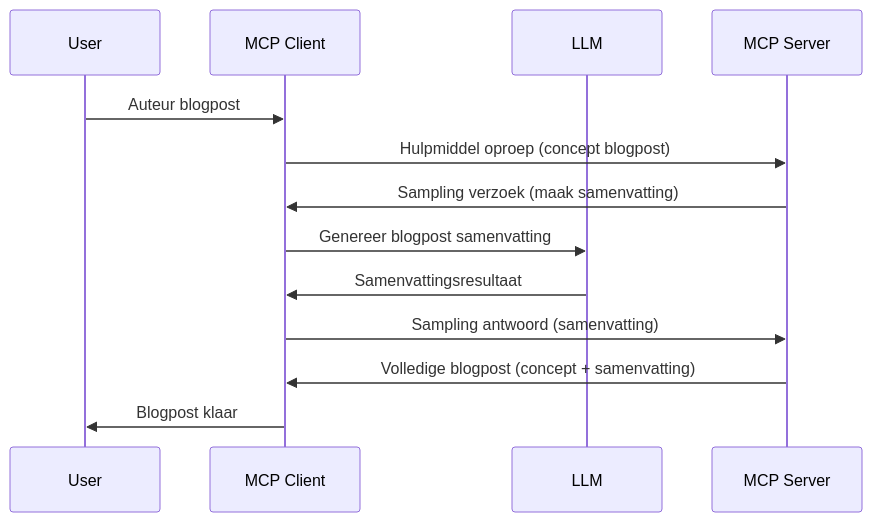
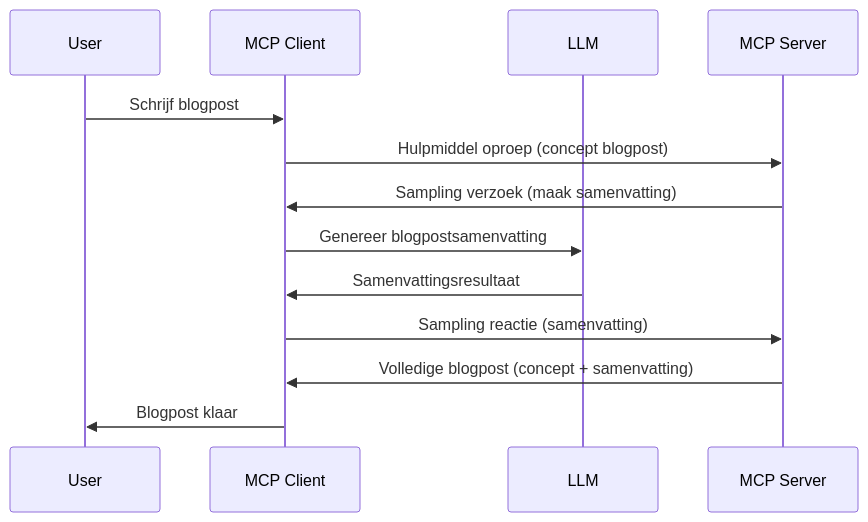
The diagram in mcp_ecosystem__model_context_protocol/mcp_learning_resources/mcp-for-beginners/translations/nl/03-GettingStarted/14-sampling/README.md (HIDORAKAI002/ai-workspace-archive), drawn with Mermaid before and after one commit. The commit also changed other lines of this file and 1160 other files, not shown here.

````diff
--- a/mcp_ecosystem__model_context_protocol/mcp_learning_resources/mcp-for-beginners/translations/nl/03-GettingStarted/14-sampling/README.md
+++ b/mcp_ecosystem__model_context_protocol/mcp_learning_resources/mcp-for-beginners/translations/nl/03-GettingStarted/14-sampling/README.md
@@ -23,16 +23,16 @@
 ```mermaid
 sequenceDiagram
     participant User
     participant MCP Client
     participant LLM
     participant MCP Server
 
-    User->>MCP Client: Auteur blogpost
+    User->>MCP Client: Schrijf blogpost
     MCP Client->>MCP Server: Hulpmiddel oproep (concept blogpost)
     MCP Server->>MCP Client: Sampling verzoek (maak samenvatting)
-    MCP Client->>LLM: Genereer blogpost samenvatting
+    MCP Client->>LLM: Genereer blogpostsamenvatting
     LLM->>MCP Client: Samenvattingsresultaat
-    MCP Client->>MCP Server: Sampling antwoord (samenvatting)
+    MCP Client->>MCP Server: Sampling reactie (samenvatting)
     MCP Server->>MCP Client: Volledige blogpost (concept + samenvatting)
     MCP Client->>User: Blogpost klaar
 ```
````
